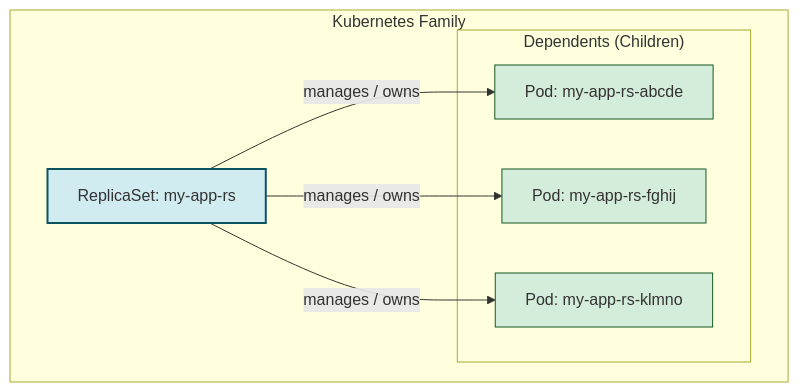
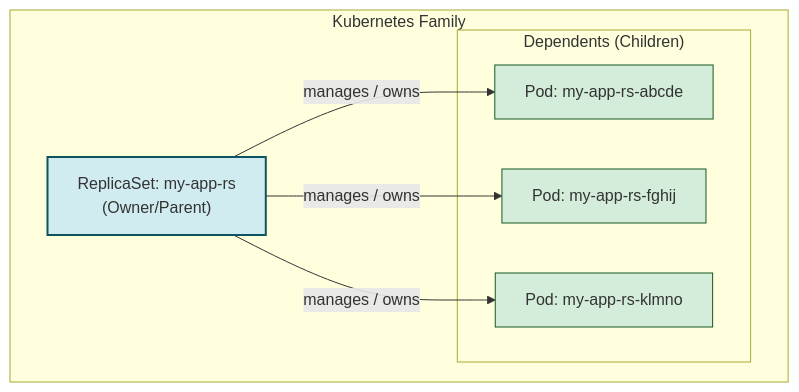
One commit to pdheeraj99/Kubernetes-Complete-Guide changed the first of 2 diagrams in kubernetes-notes/concepts/10-owners-and-dependents/notes.md. Above: the diagram before and after it, drawn with Mermaid. The commit also changed other lines of this file and 14 other files, not shown here.

````diff
--- a/kubernetes-notes/concepts/10-owners-and-dependents/notes.md
+++ b/kubernetes-notes/concepts/10-owners-and-dependents/notes.md
@@ -17,22 +22,22 @@
 ```mermaid
 graph TD
     subgraph "Kubernetes Family"
         direction LR
-        Owner["ReplicaSet: my-app-rs"]
+        Owner["ReplicaSet: my-app-rs<br/>(Owner/Parent)"]
 
         subgraph "Dependents (Children)"
             P1["Pod: my-app-rs-abcde"]
             P2["Pod: my-app-rs-fghij"]
             P3["Pod: my-app-rs-klmno"]
         end
 
         Owner -- "manages / owns" --> P1
         Owner -- "manages / owns" --> P2
         Owner -- "manages / owns" --> P3
     end
 
     style Owner fill:#d1ecf1,stroke:#0c5460,stroke-width:2px
     style P1 fill:#d4edda,stroke:#155724
     style P2 fill:#d4edda,stroke:#155724
     style P3 fill:#d4edda,stroke:#155724
 ```
````
